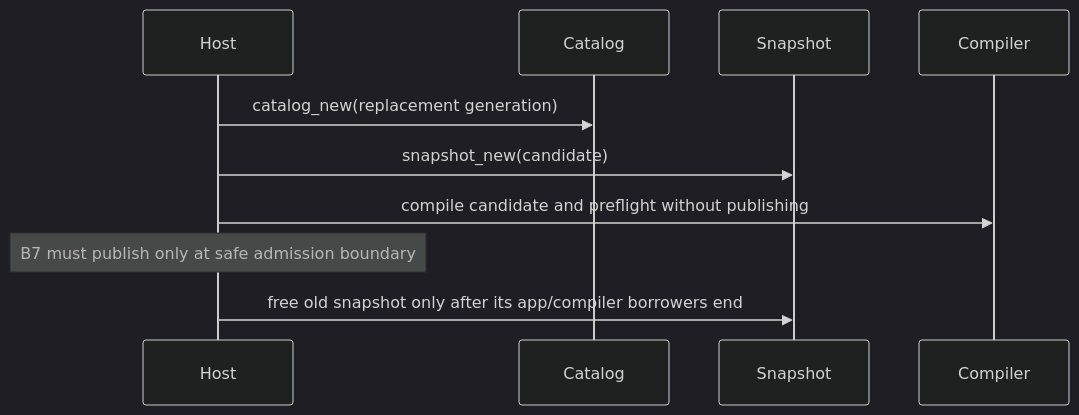
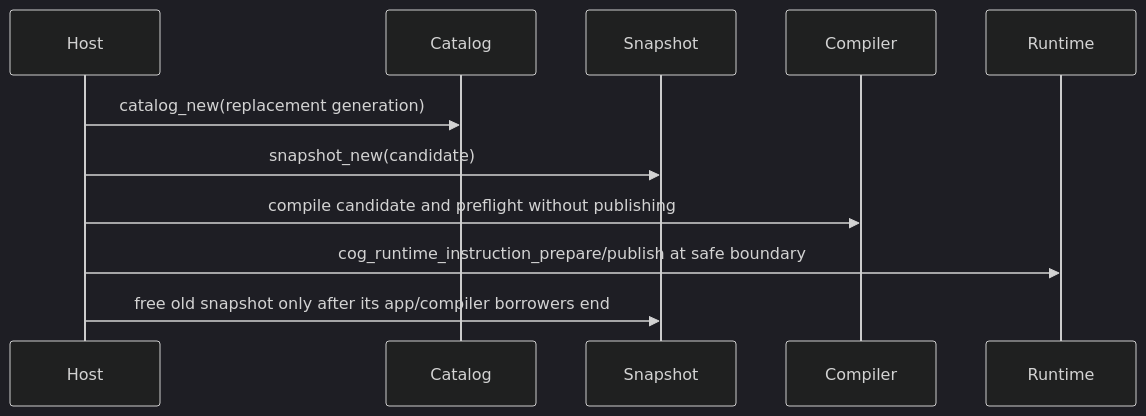
Before and after one commit to PortableWeasel/cog: diagram 14 of 17 in docs/scenarios/P01-instruction-support.md, drawn with Mermaid (dark theme). The commit also changed other lines of this file and 19 other files, not shown here.

Commit message:
design(runtime): close instruction persistence and worker contract joins

````diff
--- a/docs/scenarios/P01-instruction-support.md
+++ b/docs/scenarios/P01-instruction-support.md
@@ -319,8 +299,8 @@
 ```mermaid
 sequenceDiagram
     Host->>Catalog: catalog_new(replacement generation)
     Host->>Snapshot: snapshot_new(candidate)
     Host->>Compiler: compile candidate and preflight without publishing
-    Note over Host: B7 must publish only at safe admission boundary
+    Host->>Runtime: cog_runtime_instruction_prepare/publish at safe boundary
     Host->>Snapshot: free old snapshot only after its app/compiler borrowers end
 ```
````
